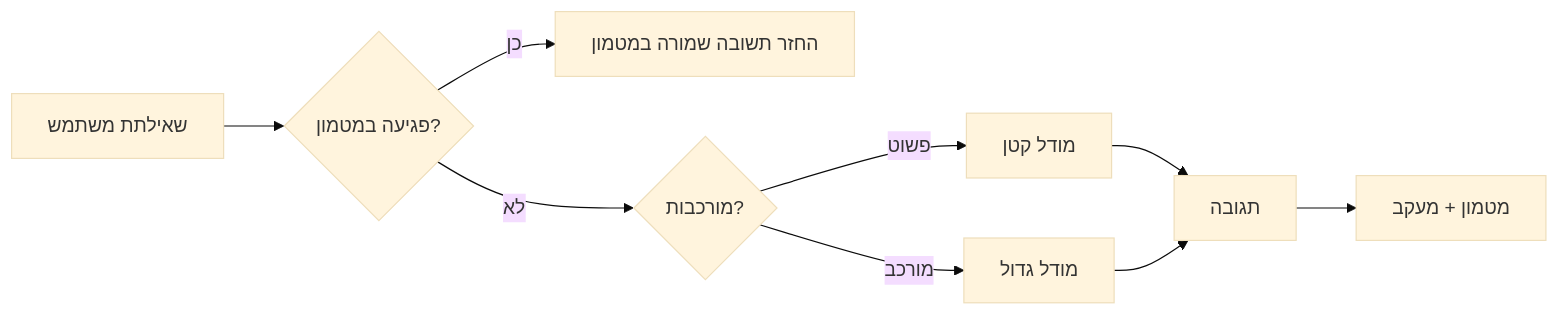
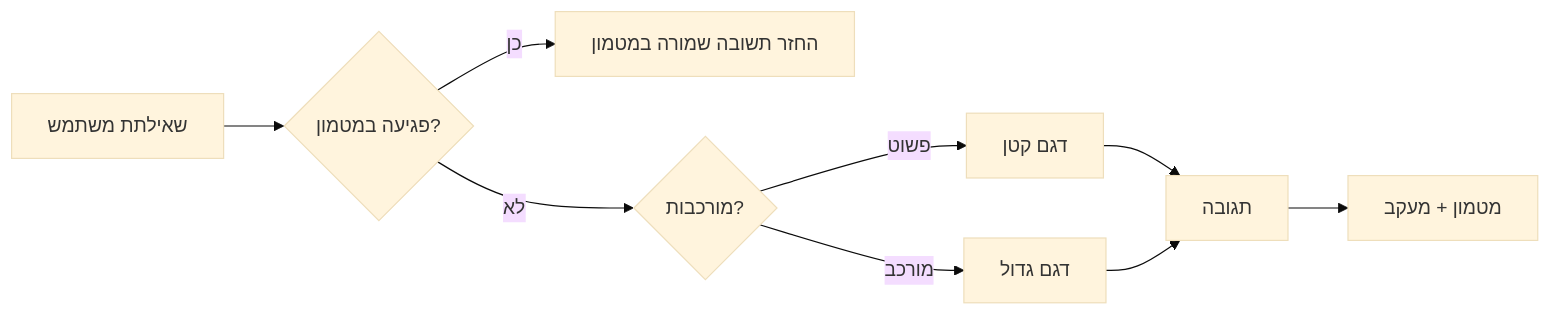
One commit to microsoft/ai-agents-for-beginners changed the third of 4 diagrams in translations/he/16-deploying-scalable-agents/README.md. Above: the diagram before and after it, drawn with Mermaid (base theme). The commit also changed other lines of this file and 47 other files, not shown here.

````diff
--- a/translations/he/16-deploying-scalable-agents/README.md
+++ b/translations/he/16-deploying-scalable-agents/README.md
@@ -134,11 +134,11 @@
 ```mermaid
 flowchart LR
     Q[שאילתת משתמש] --> C{פגיעה במטמון?}
     C -->|כן| R[החזר תשובה שמורה במטמון]
     C -->|לא| Router{מורכבות?}
-    Router -->|פשוט| SLM[מודל קטן]
-    Router -->|מורכב| LLM[מודל גדול]
+    Router -->|פשוט| SLM[דגם קטן]
+    Router -->|מורכב| LLM[דגם גדול]
     SLM --> Out[תגובה]
     LLM --> Out
     Out --> Store[מטמון + מעקב]
 ```
````
